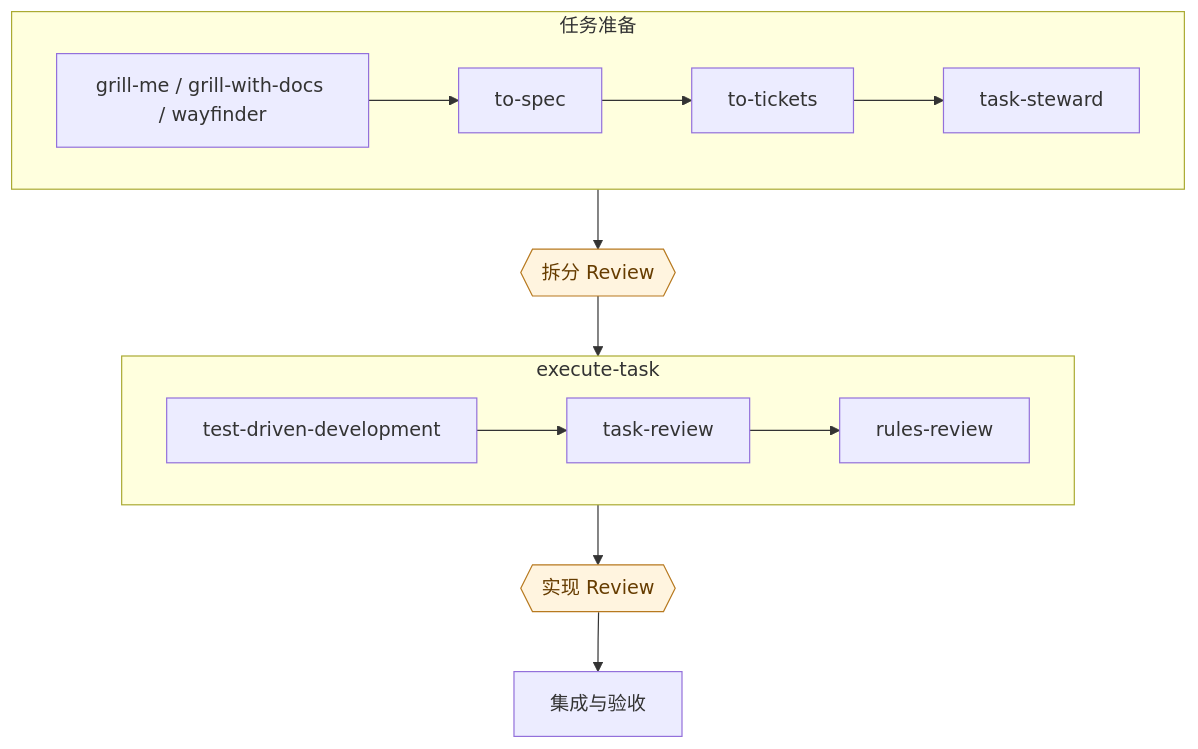
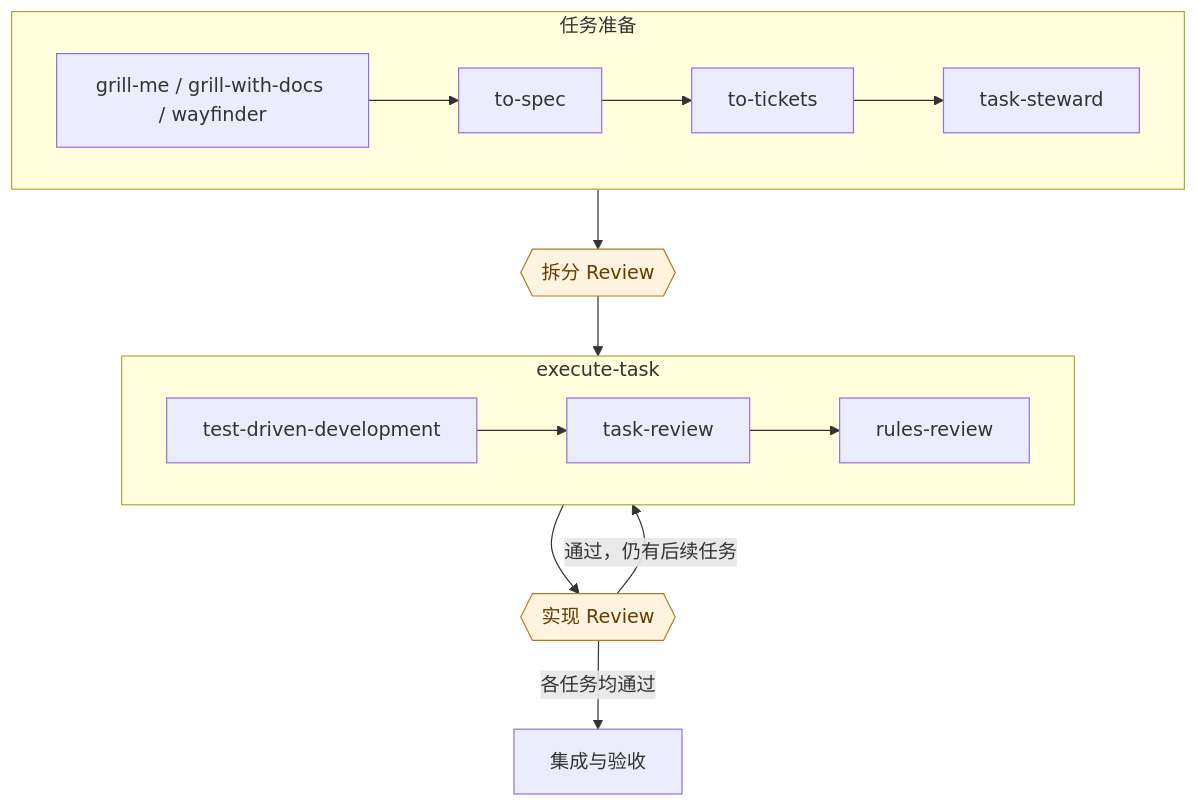
Before and after one commit to qianchengjie/skills: the diagram in docs/overview.md, drawn with Mermaid. The commit also changed other lines of this file, not shown here.

````diff
--- a/docs/overview.md
+++ b/docs/overview.md
@@ -11,24 +11,25 @@
 ```mermaid
 flowchart TB
     subgraph preparation ["任务准备"]
         direction LR
         exploration["grill-me / grill-with-docs / wayfinder"] --> spec["to-spec"]
         spec --> tickets["to-tickets"]
         tickets --> steward["task-steward"]
     end
 
     preparation --> splitReview{{"拆分 Review"}}
     splitReview --> execution
 
     subgraph execution ["execute-task"]
         direction LR
         implement["test-driven-development"] --> taskReview["task-review"]
         taskReview --> rulesReview["rules-review"]
     end
 
     execution --> resultReview{{"实现 Review"}}
-    resultReview --> acceptance["集成与验收"]
+    resultReview -->|"通过，仍有后续任务"| execution
+    resultReview -->|"各任务均通过"| acceptance["集成与验收"]
 
     classDef human fill:#fff4df,stroke:#b7791f,color:#663c00
     class splitReview,resultReview human
 ```
````
